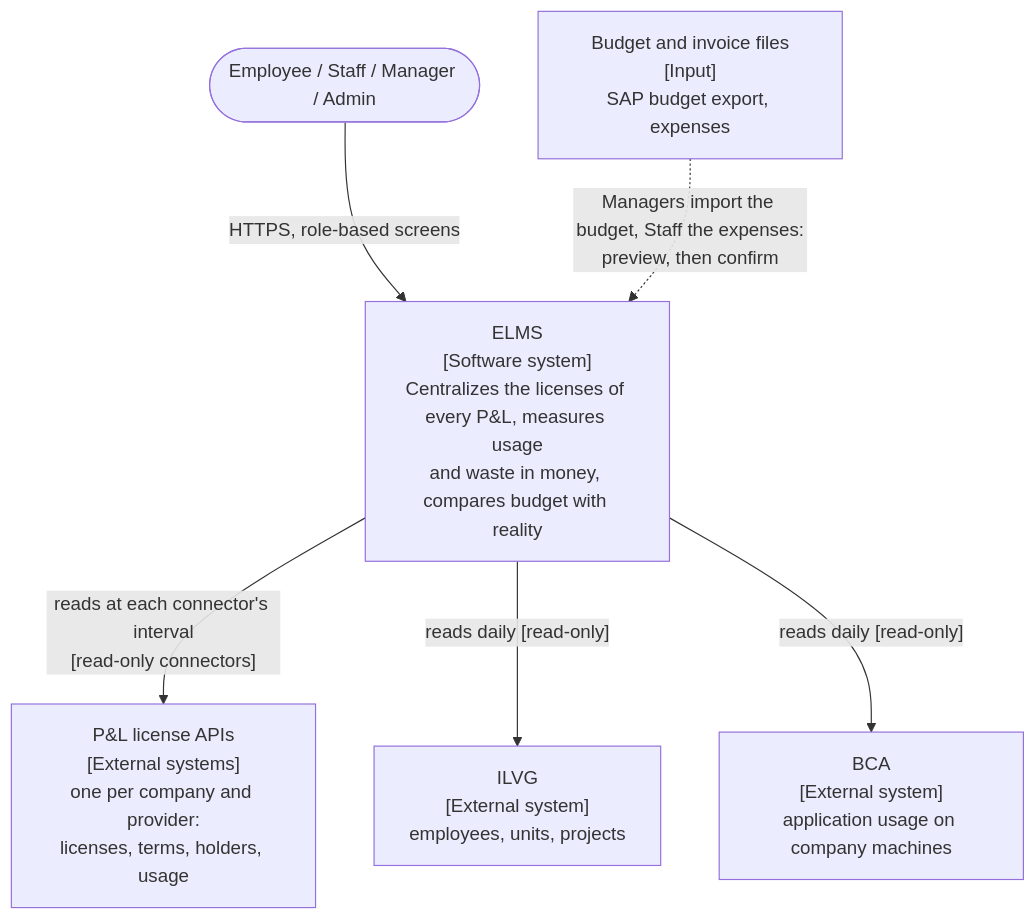
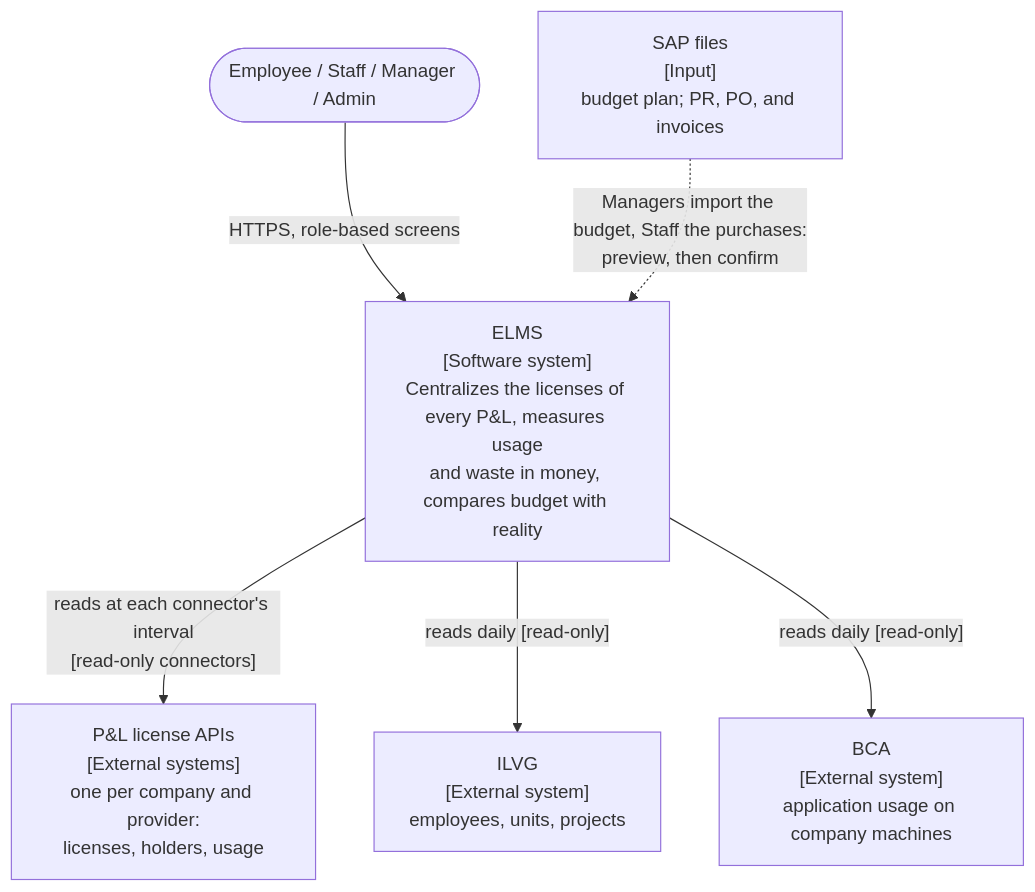
One commit to cuonglpv/VFast changed the first of 2 diagrams in README.md. Above: the diagram before and after it, drawn with Mermaid. The commit also changed other lines of this file and 31 other files, not shown here.

First line of the commit message:
docs: take purchases from SAP and drop open questions from the repo

````diff
--- a/README.md
+++ b/README.md
@@ -195,15 +195,15 @@
 ```mermaid
 flowchart TB
     users(["Employee / Staff / Manager / Admin"])
     elms["ELMS<br/>[Software system]<br/>Centralizes the licenses of every P&L, measures usage<br/>and waste in money, compares budget with reality"]
-    pnl["P&L license APIs<br/>[External systems]<br/>one per company and provider:<br/>licenses, terms, holders, usage"]
+    pnl["P&L license APIs<br/>[External systems]<br/>one per company and provider:<br/>licenses, holders, usage"]
     ilvg["ILVG<br/>[External system]<br/>employees, units, projects"]
     bca["BCA<br/>[External system]<br/>application usage on company machines"]
-    files["Budget and invoice files<br/>[Input]<br/>SAP budget export, expenses"]
+    files["SAP files<br/>[Input]<br/>budget plan; PR, PO, and invoices"]
 
     users -- "HTTPS, role-based screens" --> elms
     elms -- "reads at each connector's interval<br/>[read-only connectors]" --> pnl
     elms -- "reads daily [read-only]" --> ilvg
     elms -- "reads daily [read-only]" --> bca
-    files -. "Managers import the budget, Staff the expenses:<br/>preview, then confirm" .-> elms
+    files -. "Managers import the budget, Staff the purchases:<br/>preview, then confirm" .-> elms
 ```
````
